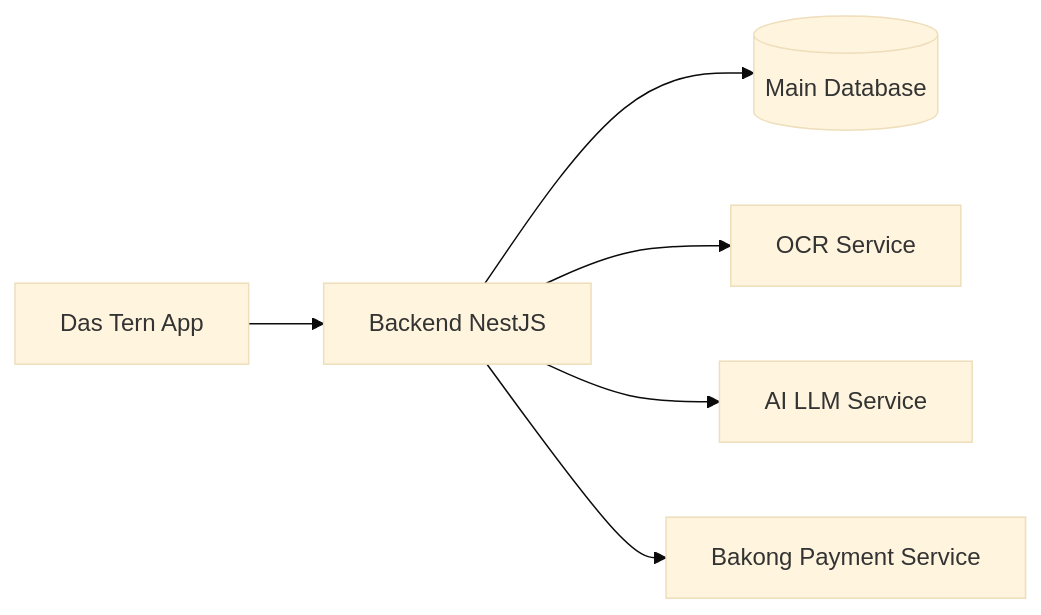
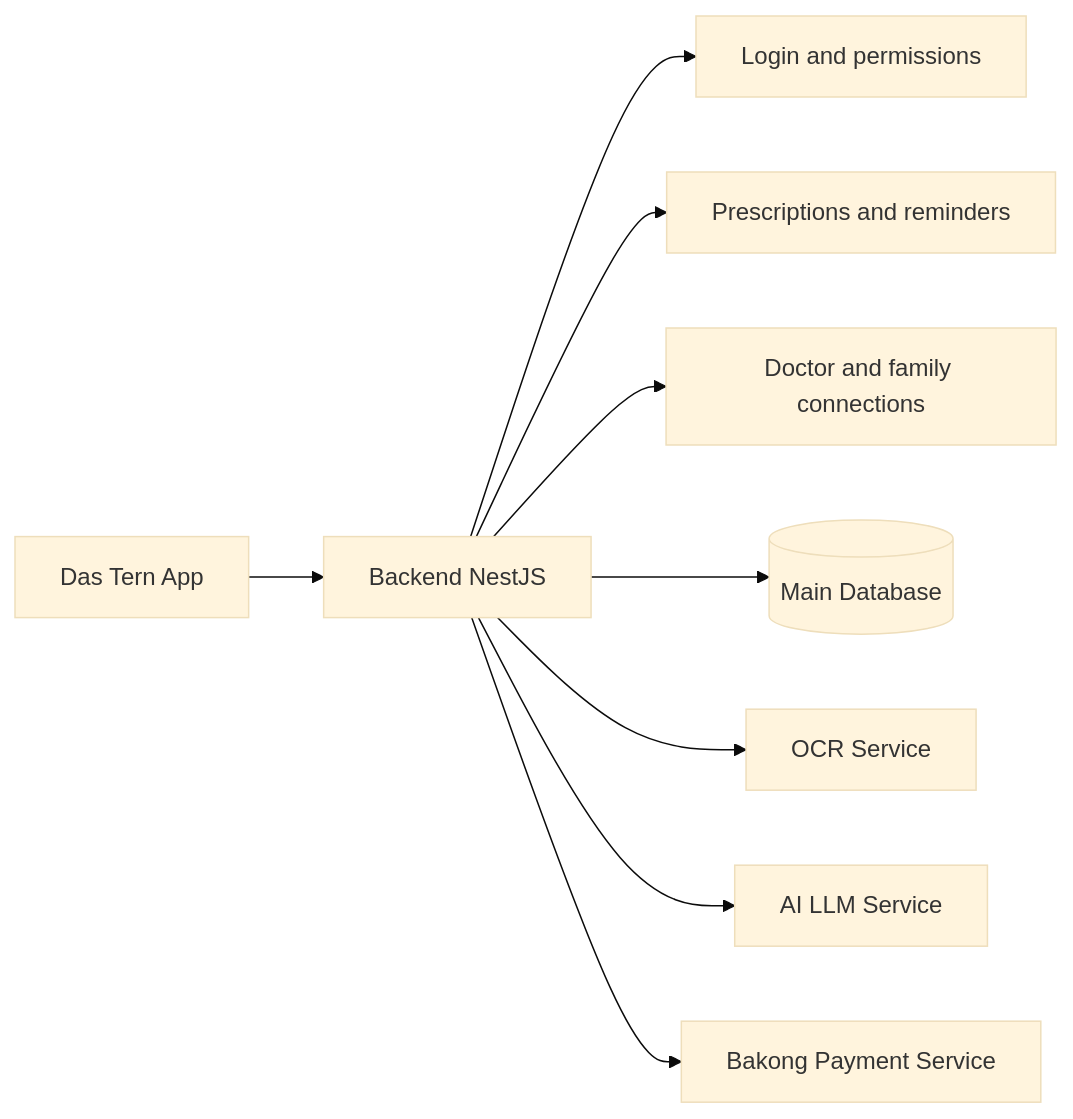
One commit to Choeng-Rayu/das-tern changed the diagram in docs/architectures/backend_nestjs.md. Above: the diagram before and after it, drawn with Mermaid (base theme). The commit also changed other lines of this file and 11 other files, not shown here.

Commit message:
add add docs for architecture

````diff
--- a/docs/architectures/backend_nestjs.md
+++ b/docs/architectures/backend_nestjs.md
@@ -5,8 +3,11 @@
 ```mermaid
 flowchart LR
-    A[Das Tern App] --> B[Backend NestJS]
-    B --> C[(Main Database)]
-    B --> D[OCR Service]
-    B --> E[AI LLM Service]
-    B --> F[Bakong Payment Service]
+    APP[Das Tern App] --> BE[Backend NestJS]
+    BE --> AUTH[Login and permissions]
+    BE --> RX[Prescriptions and reminders]
+    BE --> REL[Doctor and family connections]
+    BE --> DB[(Main Database)]
+    BE --> OCR[OCR Service]
+    BE --> AI[AI LLM Service]
+    BE --> PAY[Bakong Payment Service]
 ```
````
